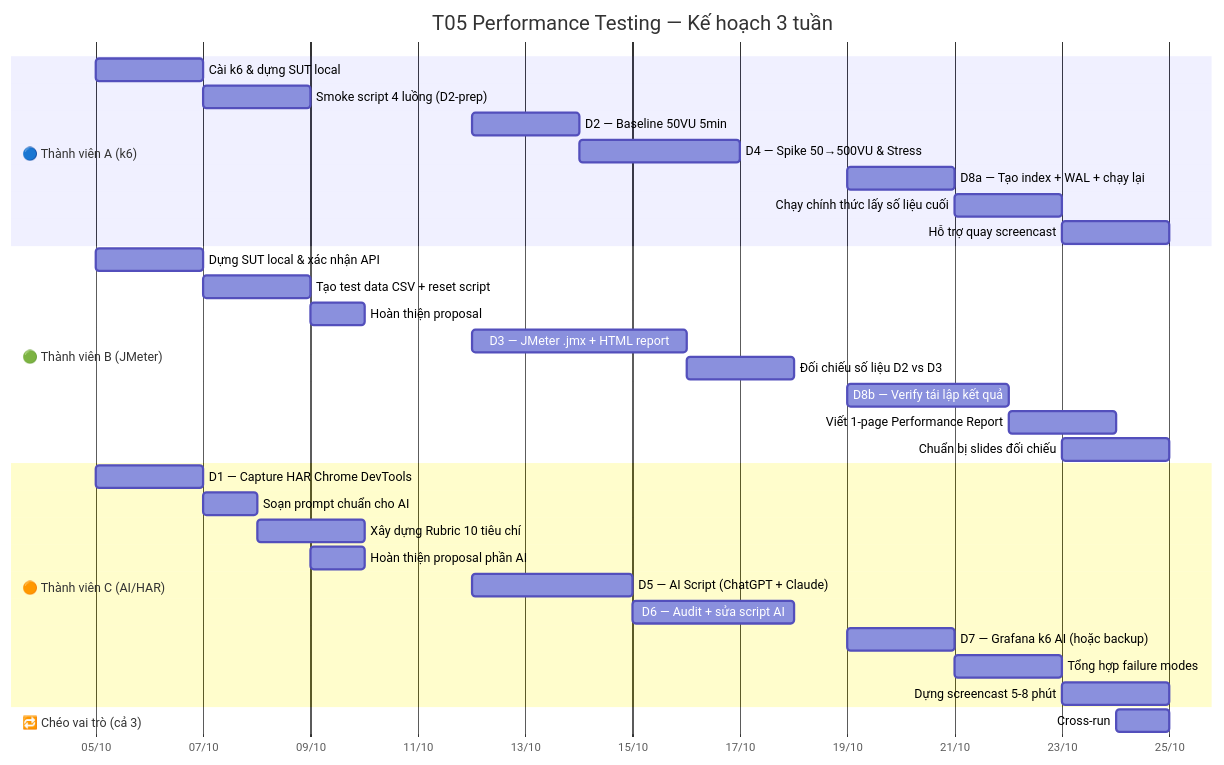
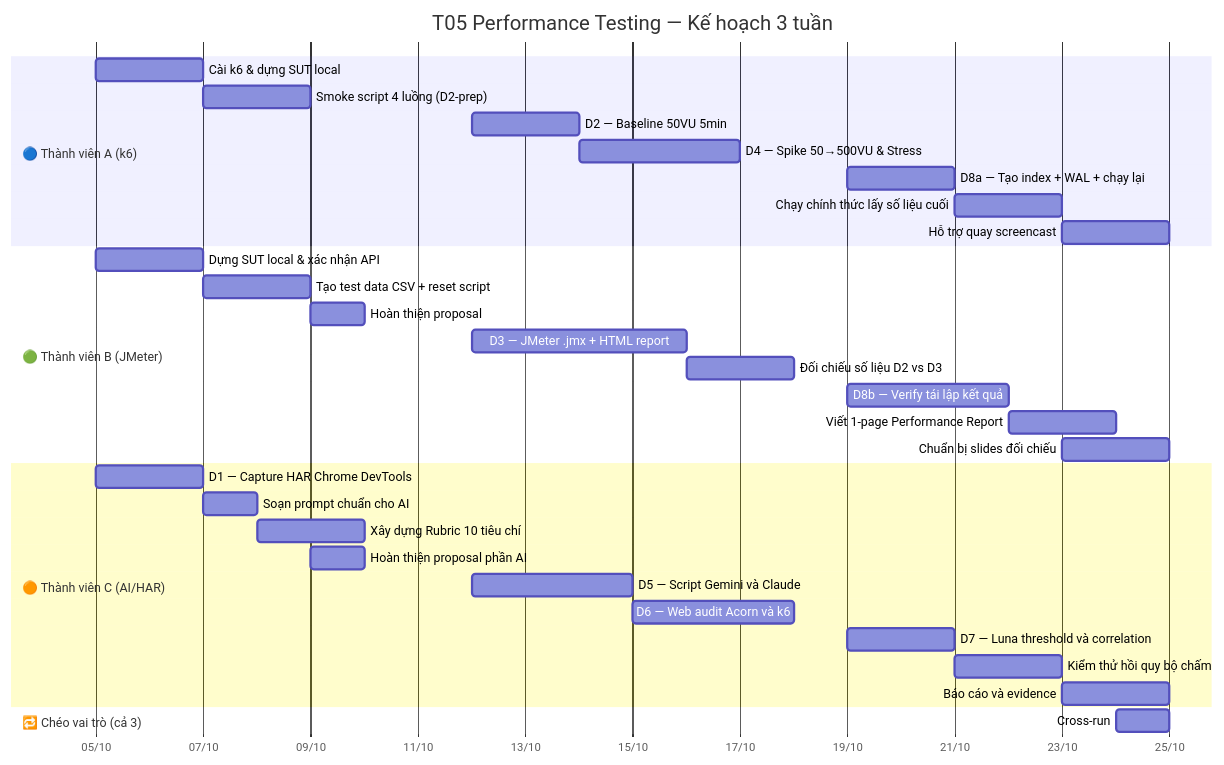
One commit to minhthang2k5/eshop-sut changed the third of 6 diagrams in docs/Task_Assignment_Detail.md. Above: the diagram before and after it, drawn with Mermaid. The commit also changed other lines of this file and 34 other files, not shown here.

````diff
--- a/docs/Task_Assignment_Detail.md
+++ b/docs/Task_Assignment_Detail.md
@@ -63,39 +65,39 @@
 ```mermaid
 gantt
     title T05 Performance Testing — Kế hoạch 3 tuần
     dateFormat  YYYY-MM-DD
     axisFormat  %d/%m
 
     section 🔵 Thành viên A (k6)
     Cài k6 & dựng SUT local          :a1, 2026-10-05, 2d
     Smoke script 4 luồng (D2-prep)   :a2, after a1, 2d
     D2 — Baseline 50VU 5min          :a3, 2026-10-12, 2d
     D4 — Spike 50→500VU & Stress     :a4, after a3, 3d
     D8a — Tạo index + WAL + chạy lại :a5, 2026-10-19, 2d
     Chạy chính thức lấy số liệu cuối :a6, after a5, 2d
     Hỗ trợ quay screencast            :a7, 2026-10-23, 2d
 
     section 🟢 Thành viên B (JMeter)
     Dựng SUT local & xác nhận API    :b1, 2026-10-05, 2d
     Tạo test data CSV + reset script  :b2, after b1, 2d
     Hoàn thiện proposal               :b3, 2026-10-09, 1d
     D3 — JMeter .jmx + HTML report    :b4, 2026-10-12, 4d
     Đối chiếu số liệu D2 vs D3        :b5, after b4, 2d
     D8b — Verify tái lập kết quả      :b6, 2026-10-19, 3d
     Viết 1-page Performance Report    :b7, after b6, 2d
     Chuẩn bị slides đối chiếu         :b8, 2026-10-23, 2d
 
     section 🟠 Thành viên C (AI/HAR)
     D1 — Capture HAR Chrome DevTools  :c1, 2026-10-05, 2d
     Soạn prompt chuẩn cho AI          :c2, after c1, 1d
     Xây dựng Rubric 10 tiêu chí       :c3, 2026-10-08, 2d
     Hoàn thiện proposal phần AI        :c4, 2026-10-09, 1d
-    D5 — AI Script (ChatGPT + Claude)  :c5, 2026-10-12, 3d
-    D6 — Audit + sửa script AI         :c6, after c5, 3d
-    D7 — Grafana k6 AI (hoặc backup)   :c7, 2026-10-19, 2d
-    Tổng hợp failure modes             :c8, after c7, 2d
-    Dựng screencast 5-8 phút           :c9, 2026-10-23, 2d
+    D5 — Script Gemini và Claude      :c5, 2026-10-12, 3d
+    D6 — Web audit Acorn và k6         :c6, after c5, 3d
+    D7 — Luna threshold và correlation :c7, 2026-10-19, 2d
+    Kiểm thử hồi quy bộ chấm           :c8, after c7, 2d
+    Báo cáo và evidence               :c9, 2026-10-23, 2d
 
     section 🔁 Chéo vai trò (cả 3)
     Cross-run: chạy script của nhau   :cr, 2026-10-24, 1d
 ```
````
